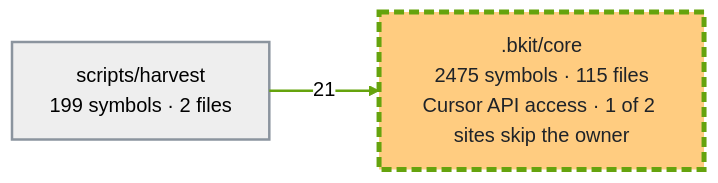
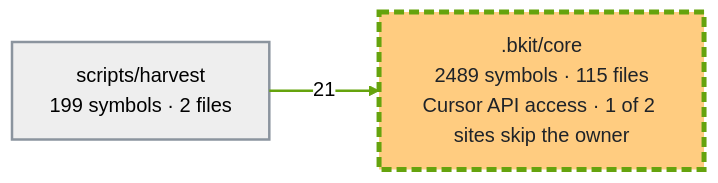
Before and after one commit to cbartens/bkit: the second of 3 diagrams in docs/capabilities.md, drawn with Mermaid (neutral theme). The commit also changed other lines of this file, not shown here.

First line of the commit message:
docs(graph): refresh capabilities graph for #697

````diff
--- a/docs/capabilities.md
+++ b/docs/capabilities.md
@@ -169,16 +169,16 @@
 ```mermaid
 ---
 config:
   layout: elk
   flowchart:
     useMaxWidth: false
 ---
 flowchart LR
-  %% Generated by bkit-graphify-rollup.py from a8d97880e1c06a7f3d8289bdffc5f35261db83f2 — do not edit
-  n_bkit_core[".bkit/core<br/>2475 symbols · 115 files<br/>Cursor API access · 1 of 2 sites skip the owner"]
+  %% Generated by bkit-graphify-rollup.py from 9696a839f7f666a933e202252479d645064fbb26 — do not edit
+  n_bkit_core[".bkit/core<br/>2489 symbols · 115 files<br/>Cursor API access · 1 of 2 sites skip the owner"]
   nscripts_harvest["scripts/harvest<br/>199 symbols · 2 files"]
   nscripts_harvest -->|21| n_bkit_core
   style n_bkit_core stroke:#65a30d,stroke-width:4px,stroke-dasharray:8 4,fill:#ffcc80,color:#1f2328
   style nscripts_harvest stroke:#8b949e,stroke-width:2px
   linkStyle 0 stroke:#65a30d,stroke-width:2px
 ```
````
